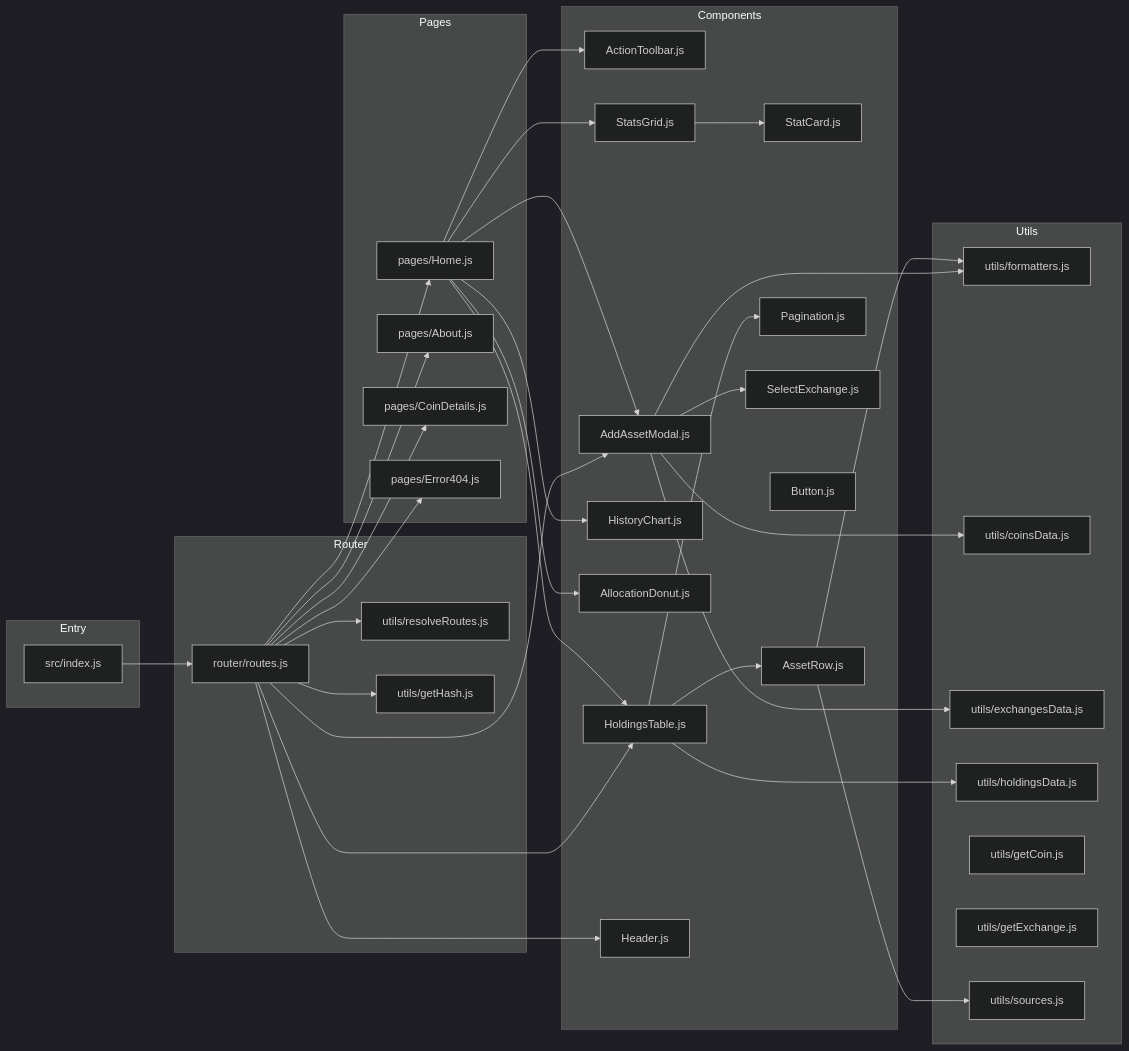
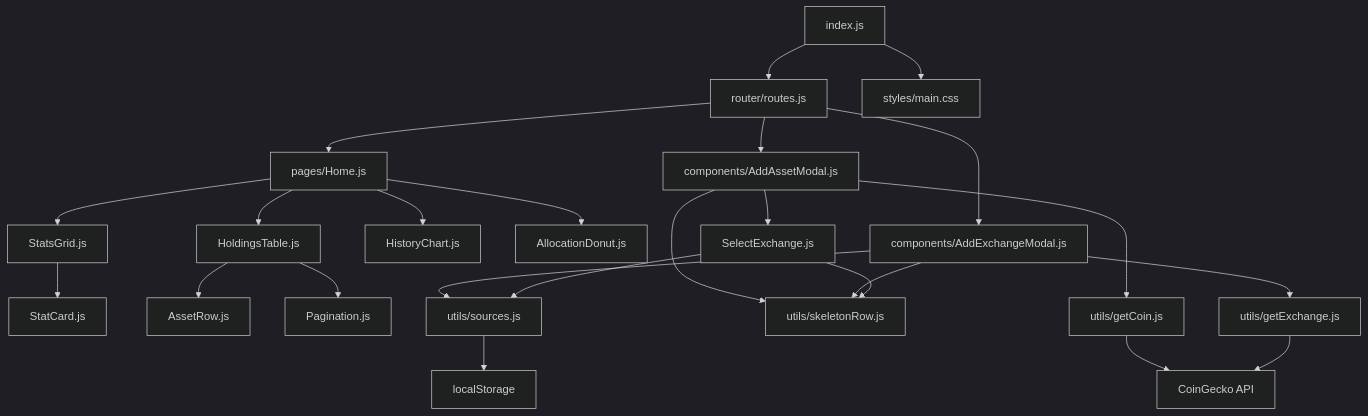
One commit to EdGonzz/caletaJS changed the diagram in docs/arquitectura/README.md. Above: the diagram before and after it, drawn with Mermaid (dark theme). The commit also changed other lines of this file and 5 other files, not shown here.

Commit message:
refactor: update architecture documentation and add ADR for CoinGecko API migration

````diff
--- a/docs/arquitectura/README.md
+++ b/docs/arquitectura/README.md
@@ -9,73 +84,33 @@
 ```mermaid
-graph LR
-    subgraph Entry
-        I[src/index.js]
-    end
+graph TD
+    Entry["index.js"] --> Router["router/routes.js"]
+    Entry --> Styles["styles/main.css"]
 
-    subgraph Router
-        R[router/routes.js]
-        RU[utils/resolveRoutes.js]
-        GH[utils/getHash.js]
-    end
+    Router --> Home["pages/Home.js"]
+    Router --> Modal["components/AddAssetModal.js"]
+    Router --> ExModal["components/AddExchangeModal.js"]
 
-    subgraph Pages
-        PH[pages/Home.js]
-        PA[pages/About.js]
-        PC[pages/CoinDetails.js]
-        P4[pages/Error404.js]
-    end
+    Home --> StatsGrid["StatsGrid.js"]
+    Home --> Chart["HistoryChart.js"]
+    Home --> Donut["AllocationDonut.js"]
+    Home --> Table["HoldingsTable.js"]
 
-    subgraph Components
-        AT[ActionToolbar.js]
-        SG[StatsGrid.js]
-        SC[StatCard.js]
-        HT[HoldingsTable.js]
-        AR[AssetRow.js]
-        PG[Pagination.js]
-        HC[HistoryChart.js]
-        AD[AllocationDonut.js]
-        AM[AddAssetModal.js]
-        SE[SelectExchange.js]
-        BT[Button.js]
-        HD[Header.js]
-    end
+    StatsGrid --> StatCard["StatCard.js"]
+    Table --> AssetRow["AssetRow.js"]
+    Table --> Pagination["Pagination.js"]
 
-    subgraph Utils
-        FMT[utils/formatters.js]
-        CD[utils/coinsData.js]
-        ED[utils/exchangesData.js]
-        HD2[utils/holdingsData.js]
-        GC[utils/getCoin.js]
-        GE[utils/getExchange.js]
-        SR[utils/sources.js]
-    end
+    Modal --> SelectEx["SelectExchange.js"]
+    Modal --> getCoin["utils/getCoin.js"]
+    Modal --> Skeleton["utils/skeletonRow.js"]
 
-    I --> R
-    R --> GH
-    R --> RU
-    R --> PH
-    R --> PA
-    R --> PC
-    R --> P4
-    R --> HD
-    R --> HT
-    R --> AM
+    ExModal --> getExchange["utils/getExchange.js"]
+    ExModal --> Sources["utils/sources.js"]
+    ExModal --> Skeleton
 
-    PH --> AT
-    PH --> SG
-    PH --> HC
-    PH --> AD
-    PH --> HT
-    PH --> AM
+    SelectEx --> Sources
+    SelectEx --> Skeleton
 
-    SG --> SC
-    HT --> AR
-    HT --> PG
-    HT --> HD2
-    AM --> SE
-    AM --> FMT
-    AM --> CD
-    AM --> ED
-    AR --> FMT
-    AR --> SR
+    getCoin --> API["CoinGecko API"]
+    getExchange --> API
+    Sources --> LS["localStorage"]
 ```
````
